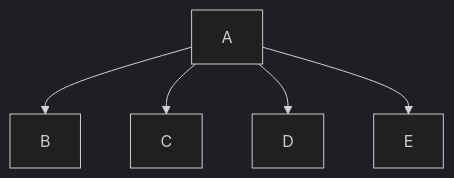
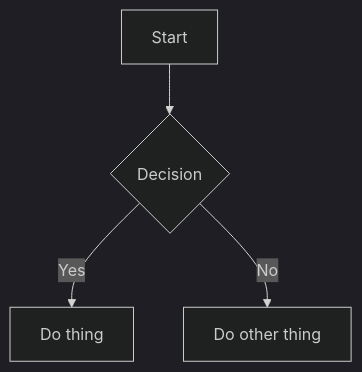
The diagram in Psalm_12.md (thebkv/bkv), drawn with Mermaid (dark theme) before and after one commit. The commit also changed other lines of this file, not shown here.

````diff
--- a/Psalm_12.md
+++ b/Psalm_12.md
@@ -181,4 +181,6 @@
 ```mermaid
 flowchart TD
-    A --> B & C & D & E
+  A[Start] --> B{Decision}
+  B -->|Yes| C[Do thing]
+  B -->|No| D[Do other thing]
 ```
````
